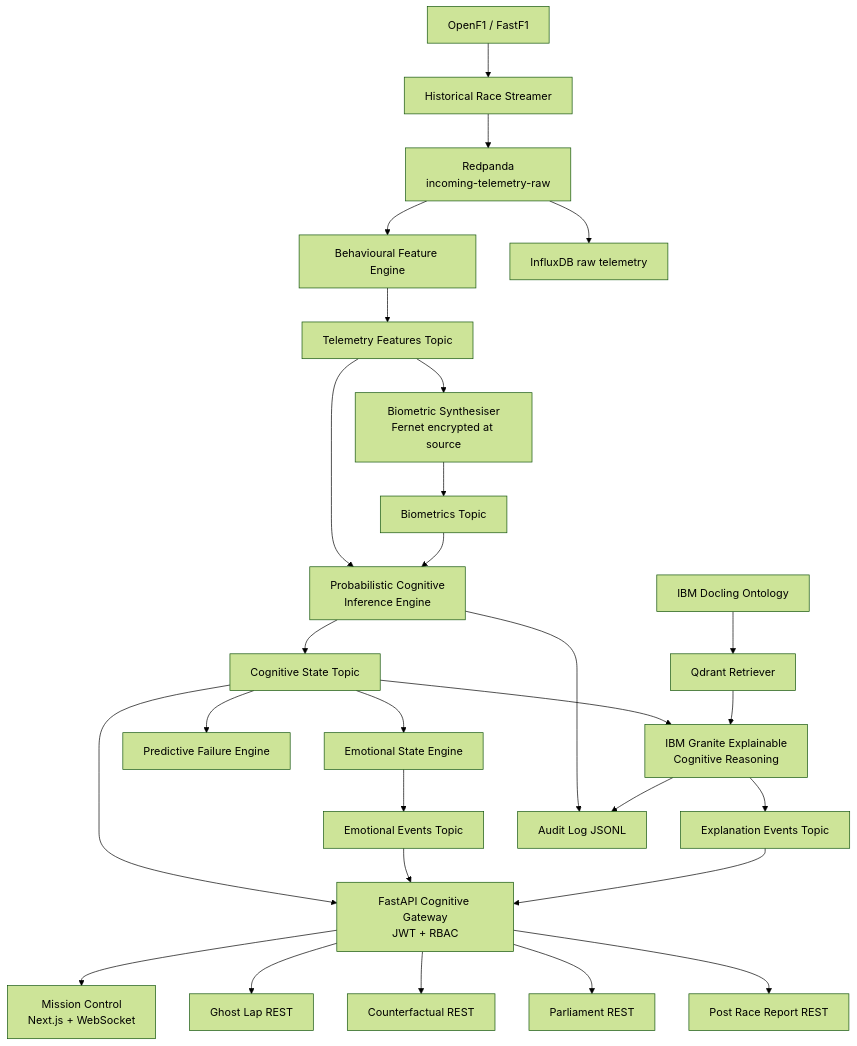
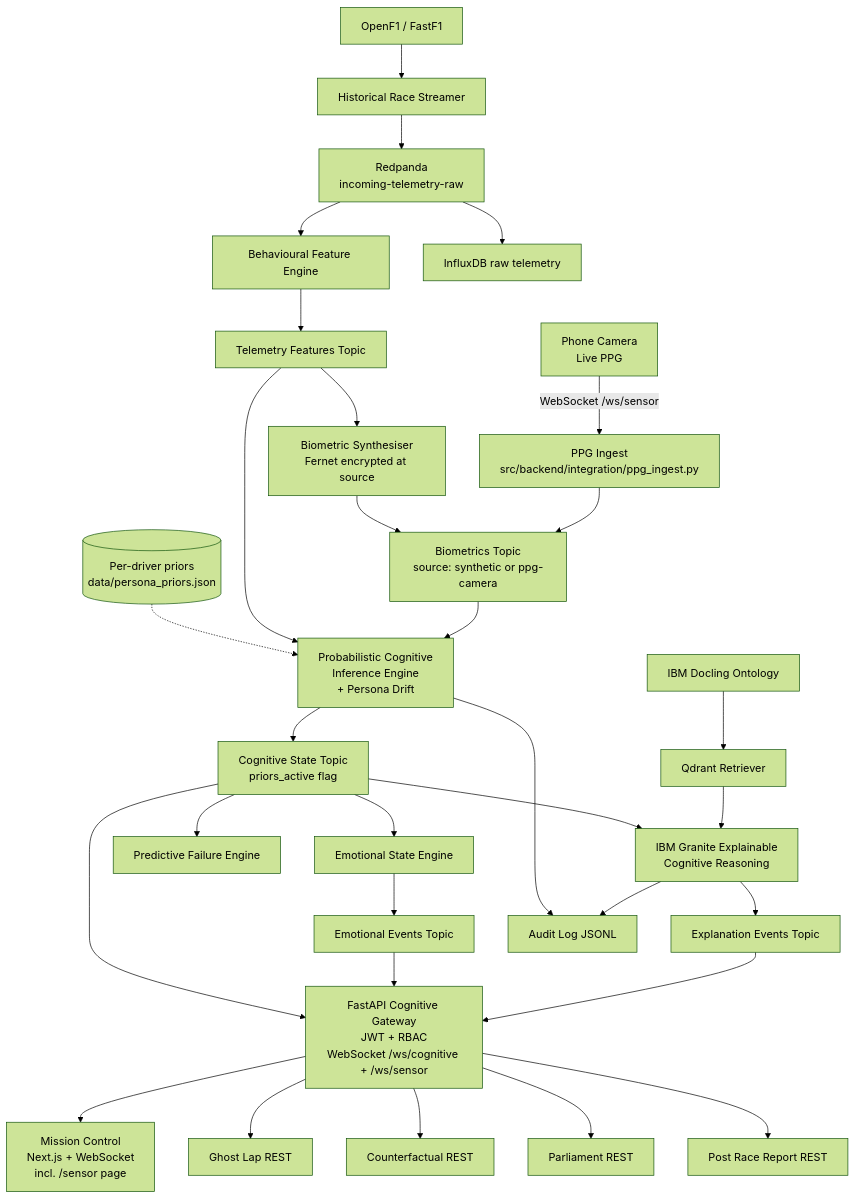
The diagram in README.md (vighriday/neuropit-may-2026), drawn with Mermaid (forest theme) before and after one commit. The commit also changed other lines of this file and 6 other files, not shown here.

````diff
--- a/README.md
+++ b/README.md
@@ -125,30 +127,33 @@
 ```mermaid
 flowchart TD
     A[OpenF1 / FastF1] --> B[Historical Race Streamer]
     B --> C[Redpanda<br/>incoming-telemetry-raw]
     C --> D[Behavioural Feature Engine]
     C --> E[InfluxDB raw telemetry]
     D --> F[Telemetry Features Topic]
     F --> G[Biometric Synthesiser<br/>Fernet encrypted at source]
-    G --> H[Biometrics Topic]
-    F --> I[Probabilistic Cognitive<br/>Inference Engine]
+    G --> H[Biometrics Topic<br/>source: synthetic or ppg-camera]
+    PHONE[Phone Camera<br/>Live PPG] -->|WebSocket /ws/sensor| PPG[PPG Ingest<br/>src/backend/integration/ppg_ingest.py]
+    PPG --> H
+    PRIORS[(Per-driver priors<br/>data/persona_priors.json)] -.-> I
+    F --> I[Probabilistic Cognitive<br/>Inference Engine<br/>+ Persona Drift]
     H --> I
-    I --> J[Cognitive State Topic]
+    I --> J[Cognitive State Topic<br/>priors_active flag]
     J --> K[Emotional State Engine]
     J --> L[Predictive Failure Engine]
     J --> M[IBM Granite Explainable<br/>Cognitive Reasoning]
     N[IBM Docling Ontology] --> O[Qdrant Retriever]
     O --> M
     K --> P[Emotional Events Topic]
     M --> Q[Explanation Events Topic]
-    J --> R[FastAPI Cognitive Gateway<br/>JWT + RBAC]
+    J --> R[FastAPI Cognitive Gateway<br/>JWT + RBAC<br/>WebSocket /ws/cognitive + /ws/sensor]
     P --> R
     Q --> R
-    R --> S[Mission Control<br/>Next.js + WebSocket]
+    R --> S[Mission Control<br/>Next.js + WebSocket<br/>incl. /sensor page]
     R --> T[Ghost Lap REST]
     R --> U[Counterfactual REST]
     R --> V[Parliament REST]
     R --> W[Post Race Report REST]
     I --> X[Audit Log JSONL]
     M --> X
 ```
````
